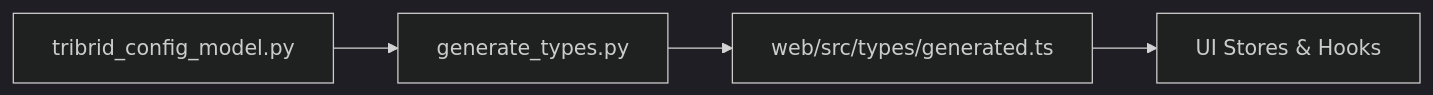
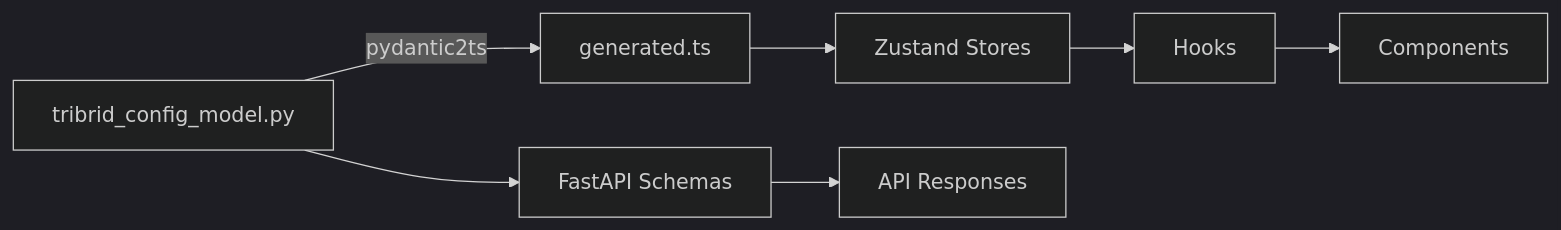
Before and after one commit to DMontgomery40/ragweld: the first of 2 diagrams in mkdocs/docs/configuration.md, drawn with Mermaid (dark theme). The commit also changed other lines of this file and 92 other files, not shown here.

````diff
--- a/mkdocs/docs/configuration.md
+++ b/mkdocs/docs/configuration.md
@@ -52,6 +44,9 @@
 ```mermaid
 flowchart LR
-    config_file[tribrid_config_model.py] --> gen_ts[generate_types.py]
-    gen_ts --> web_types[web/src/types/generated.ts]
-    web_types --> frontend[UI Stores & Hooks]
+    P[tribrid_config_model.py] -->|pydantic2ts| T[generated.ts]
+    T --> S[Zustand Stores]
+    S --> H[Hooks]
+    H --> C[Components]
+    P --> A[FastAPI Schemas]
+    A --> UI[API Responses]
 ```
````
